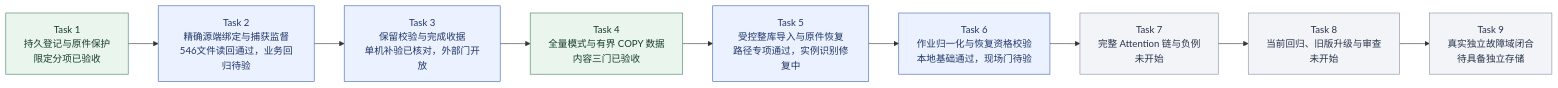
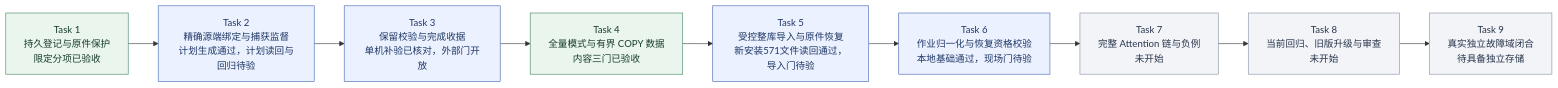
Before and after one commit to MansurnamedZhang/learning-system-p0c4: the second of 9 diagrams in docs/KnowWeave实施路线与系统架构.md, drawn with Mermaid. The commit also changed other lines of this file and 4 other files, not shown here.

````diff
--- a/docs/KnowWeave实施路线与系统架构.md
+++ b/docs/KnowWeave实施路线与系统架构.md
@@ -72,26 +72,26 @@
 ```mermaid
 flowchart LR
     C4T1["Task 1<br/>持久登记与原件保护<br/>限定分项已验收"]
-    C4T2["Task 2<br/>精确源端绑定与捕获监督<br/>546文件读回通过，业务回归待验"]
+    C4T2["Task 2<br/>精确源端绑定与捕获监督<br/>计划生成通过，计划读回与回归待验"]
     C4T3["Task 3<br/>保留校验与完成收据<br/>单机补验已核对，外部门开放"]
     C4T4["Task 4<br/>全量模式与有界 COPY 数据<br/>内容三门已验收"]
-    C4T5["Task 5<br/>受控整库导入与原件恢复<br/>路径专项通过，实例识别修复中"]
+    C4T5["Task 5<br/>受控整库导入与原件恢复<br/>新安装571文件读回通过，导入门待验"]
     C4T6["Task 6<br/>作业归一化与恢复资格校验<br/>本地基础通过，现场门待验"]
     C4T7["Task 7<br/>完整 Attention 链与负例<br/>未开始"]
     C4T8["Task 8<br/>当前回归、旧版升级与审查<br/>未开始"]
     C4T9["Task 9<br/>真实独立故障域闭合<br/>待具备独立存储"]
     C4T1 --> C4T2
     C4T2 --> C4T3
     C4T3 --> C4T4
     C4T4 --> C4T5
     C4T5 --> C4T6
     C4T6 --> C4T7
     C4T7 --> C4T8
     C4T8 --> C4T9
     class C4T1,C4T4 done
     class C4T2,C4T3,C4T5,C4T6 next
     class C4T7,C4T8,C4T9 planned
     classDef done fill:#eaf5ee,stroke:#438363,color:#173d2b
     classDef next fill:#ebf1ff,stroke:#4365b4,color:#203866
     classDef planned fill:#f2f4f8,stroke:#8591a3,color:#28354b
 ```
````
